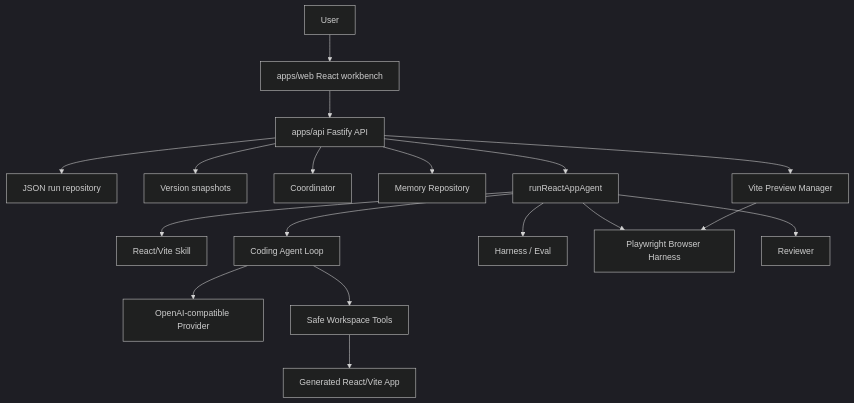
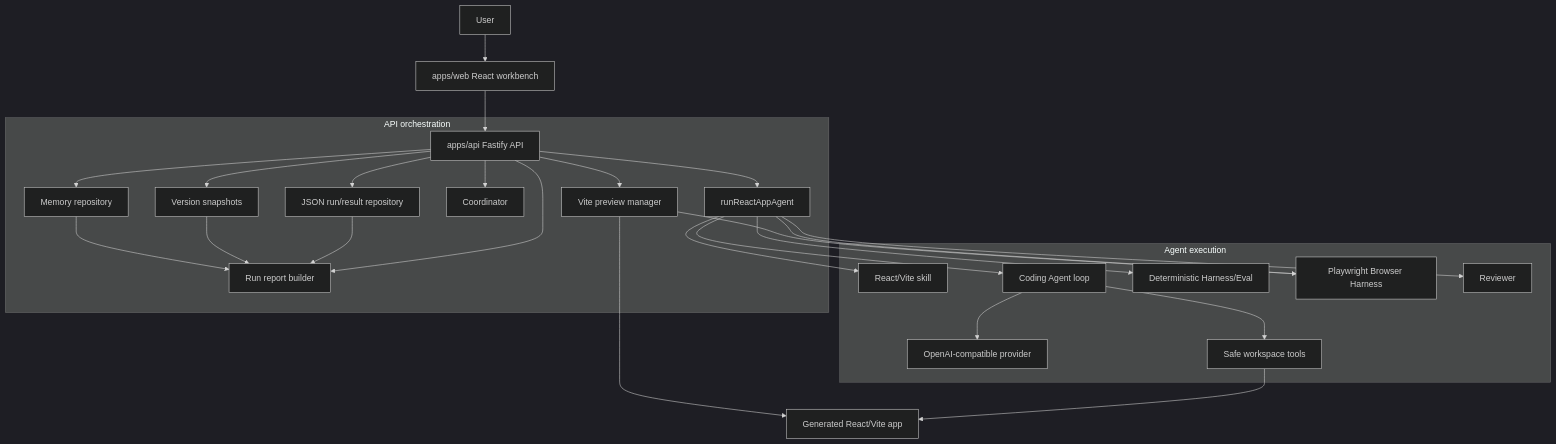
The second of 2 diagrams in README.md (Marvin725626/appforge-agent-platform), drawn with Mermaid (dark theme) before and after one commit. The commit also changed other lines of this file and 6 other files, not shown here.

Commit message:
Polish README architecture docs and screenshots

````diff
--- a/README.md
+++ b/README.md
@@ -99,20 +103,32 @@
 ```mermaid
 flowchart TD
     User["User"] --> Web["apps/web React workbench"]
     Web --> API["apps/api Fastify API"]
-    API --> Repo["JSON run repository"]
-    API --> Versions["Version snapshots"]
-    API --> Coordinator["Coordinator"]
-    API --> Memory["Memory Repository"]
-    API --> Runner["runReactAppAgent"]
-    Runner --> Skill["React/Vite Skill"]
-    Runner --> AgentLoop["Coding Agent Loop"]
-    AgentLoop --> Provider["OpenAI-compatible Provider"]
-    AgentLoop --> Workspace["Safe Workspace Tools"]
-    Runner --> Harness["Harness / Eval"]
-    Runner --> BrowserHarness["Playwright Browser Harness"]
-    Runner --> Review["Reviewer"]
-    API --> Preview["Vite Preview Manager"]
+
+    subgraph APIBoundary["API orchestration"]
+      API --> Repo["JSON run/result repository"]
+      API --> Versions["Version snapshots"]
+      API --> Memory["Memory repository"]
+      API --> Coordinator["Coordinator"]
+      API --> Runner["runReactAppAgent"]
+      API --> Report["Run report builder"]
+      API --> Preview["Vite preview manager"]
+    end
+
+    subgraph AgentBoundary["Agent execution"]
+      Runner --> Skill["React/Vite skill"]
+      Runner --> AgentLoop["Coding Agent loop"]
+      AgentLoop --> Provider["OpenAI-compatible provider"]
+      AgentLoop --> Workspace["Safe workspace tools"]
+      Runner --> Harness["Deterministic Harness/Eval"]
+      Runner --> BrowserHarness["Playwright Browser Harness"]
+      Runner --> Review["Reviewer"]
+    end
+
+    Workspace --> Generated["Generated React/Vite app"]
+    Preview --> Generated
     Preview --> BrowserHarness
-    Workspace --> Generated["Generated React/Vite App"]
+    Repo --> Report
+    Versions --> Report
+    Memory --> Report
 ```
````
